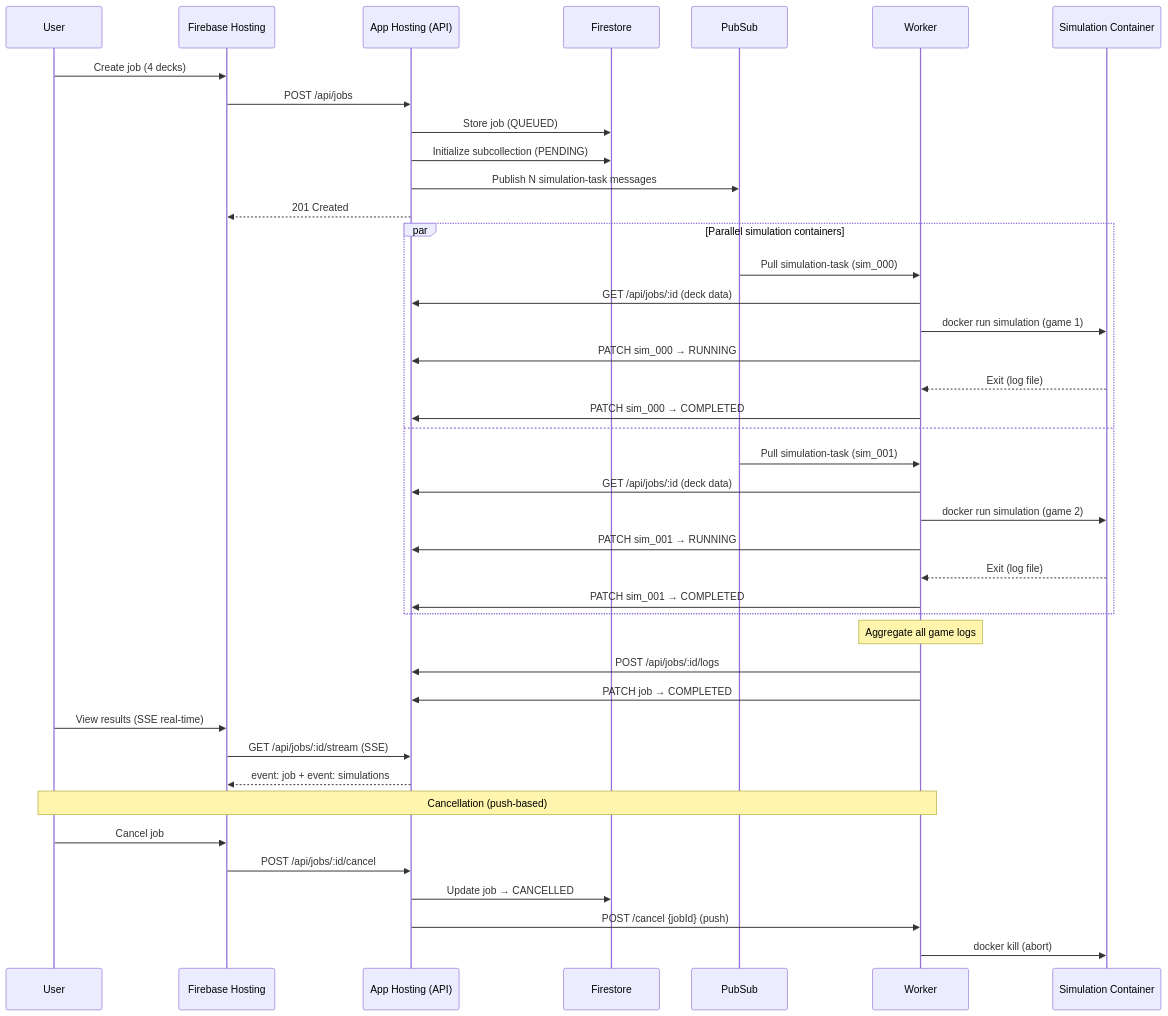
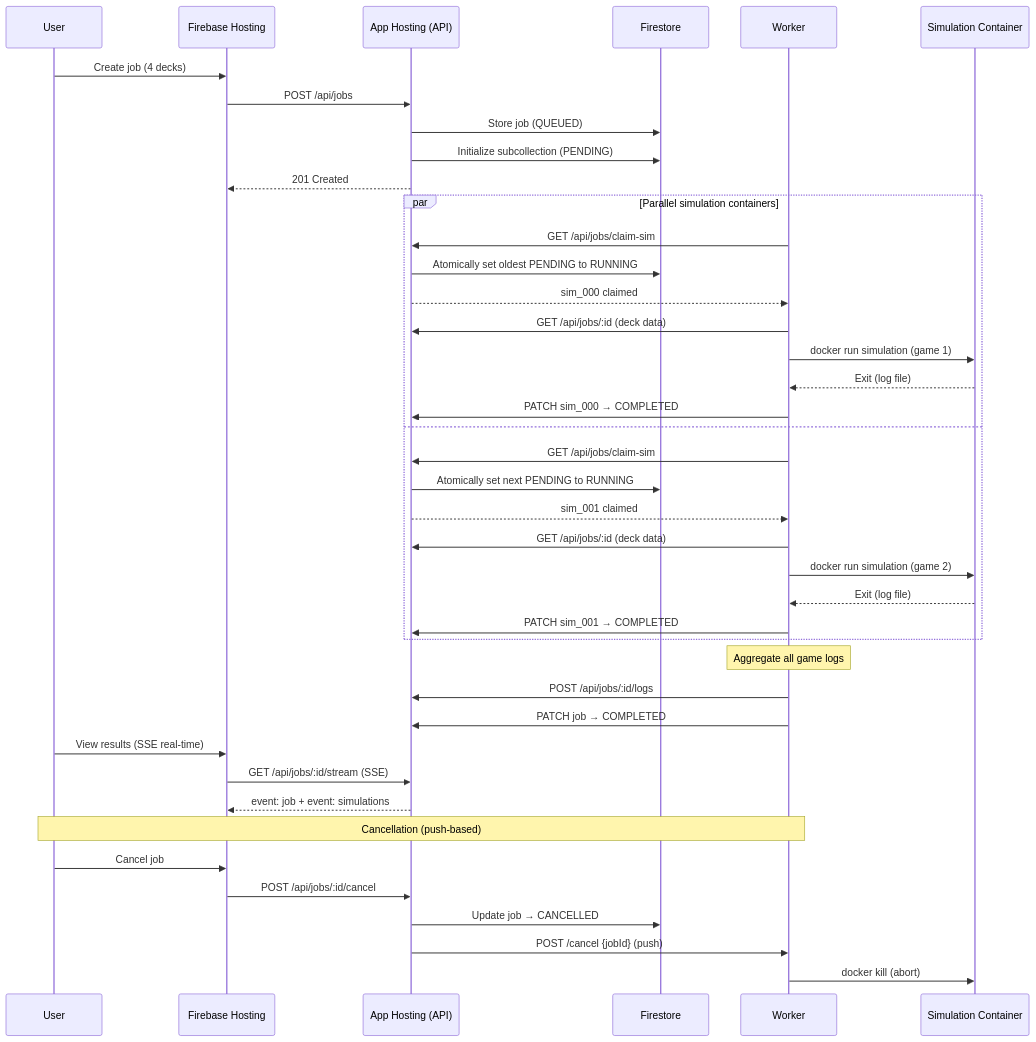
Before and after one commit to TytaniumDev/MagicBracketSimulator: the third of 5 diagrams in docs/ARCHITECTURE.md, drawn with Mermaid. The commit also changed other lines of this file and 1 other file, not shown here.

First line of the commit message:
docs: remove deprecated Pub/Sub architecture references

````diff
--- a/docs/ARCHITECTURE.md
+++ b/docs/ARCHITECTURE.md
@@ -131,48 +129,48 @@
 ```mermaid
 sequenceDiagram
     participant User
     participant Frontend as Firebase Hosting
     participant API as App Hosting (API)
     participant Firestore
-    participant PubSub
     participant Worker
     participant SimContainer as Simulation Container
 
     User->>Frontend: Create job (4 decks)
     Frontend->>API: POST /api/jobs
     API->>Firestore: Store job (QUEUED)
     API->>Firestore: Initialize subcollection (PENDING)
-    API->>PubSub: Publish N simulation-task messages
     API-->>Frontend: 201 Created
 
     par Parallel simulation containers
-        PubSub->>Worker: Pull simulation-task (sim_000)
+        Worker->>API: GET /api/jobs/claim-sim
+        API->>Firestore: Atomically set oldest PENDING to RUNNING
+        API-->>Worker: sim_000 claimed
         Worker->>API: GET /api/jobs/:id (deck data)
         Worker->>SimContainer: docker run simulation (game 1)
-        Worker->>API: PATCH sim_000 → RUNNING
         SimContainer-->>Worker: Exit (log file)
         Worker->>API: PATCH sim_000 → COMPLETED
     and
-        PubSub->>Worker: Pull simulation-task (sim_001)
+        Worker->>API: GET /api/jobs/claim-sim
+        API->>Firestore: Atomically set next PENDING to RUNNING
+        API-->>Worker: sim_001 claimed
         Worker->>API: GET /api/jobs/:id (deck data)
         Worker->>SimContainer: docker run simulation (game 2)
-        Worker->>API: PATCH sim_001 → RUNNING
         SimContainer-->>Worker: Exit (log file)
         Worker->>API: PATCH sim_001 → COMPLETED
     end
 
     Note over Worker: Aggregate all game logs
     Worker->>API: POST /api/jobs/:id/logs
     Worker->>API: PATCH job → COMPLETED
 
     User->>Frontend: View results (SSE real-time)
     Frontend->>API: GET /api/jobs/:id/stream (SSE)
     API-->>Frontend: event: job + event: simulations
 
     Note over User,Worker: Cancellation (push-based)
     User->>Frontend: Cancel job
     Frontend->>API: POST /api/jobs/:id/cancel
     API->>Firestore: Update job → CANCELLED
     API->>Worker: POST /cancel {jobId} (push)
     Worker->>SimContainer: docker kill (abort)
 ```
````
